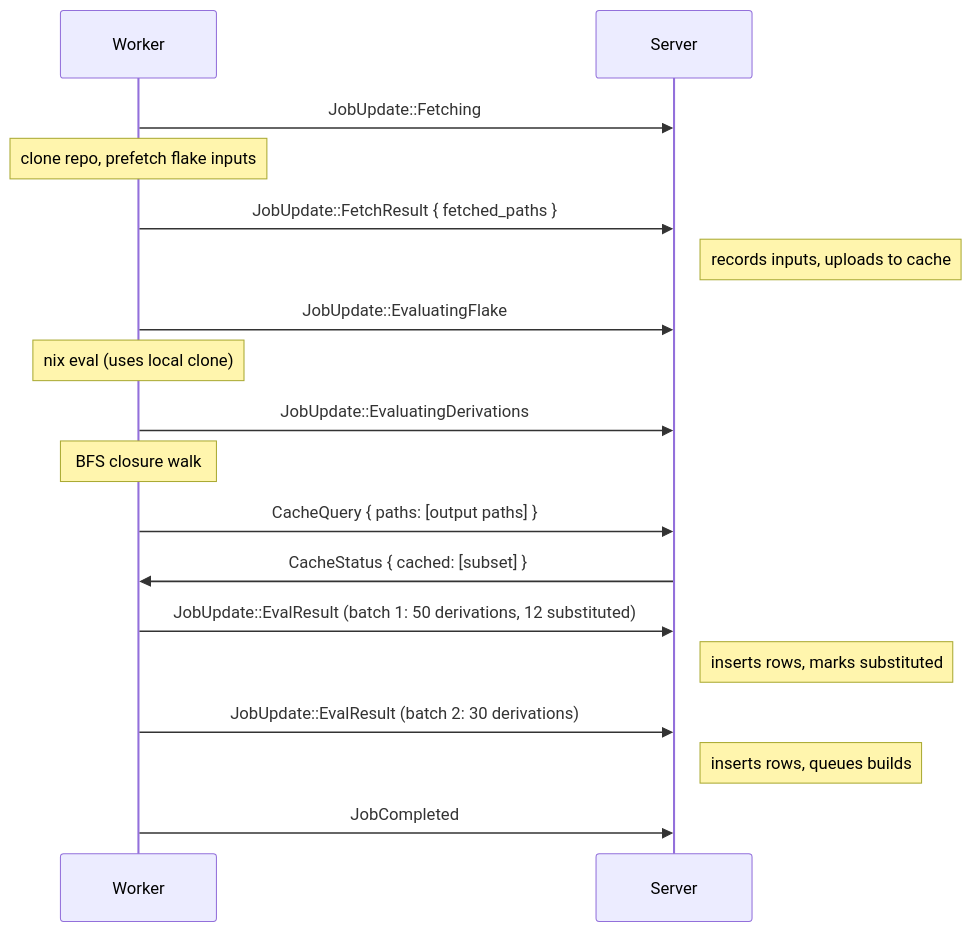
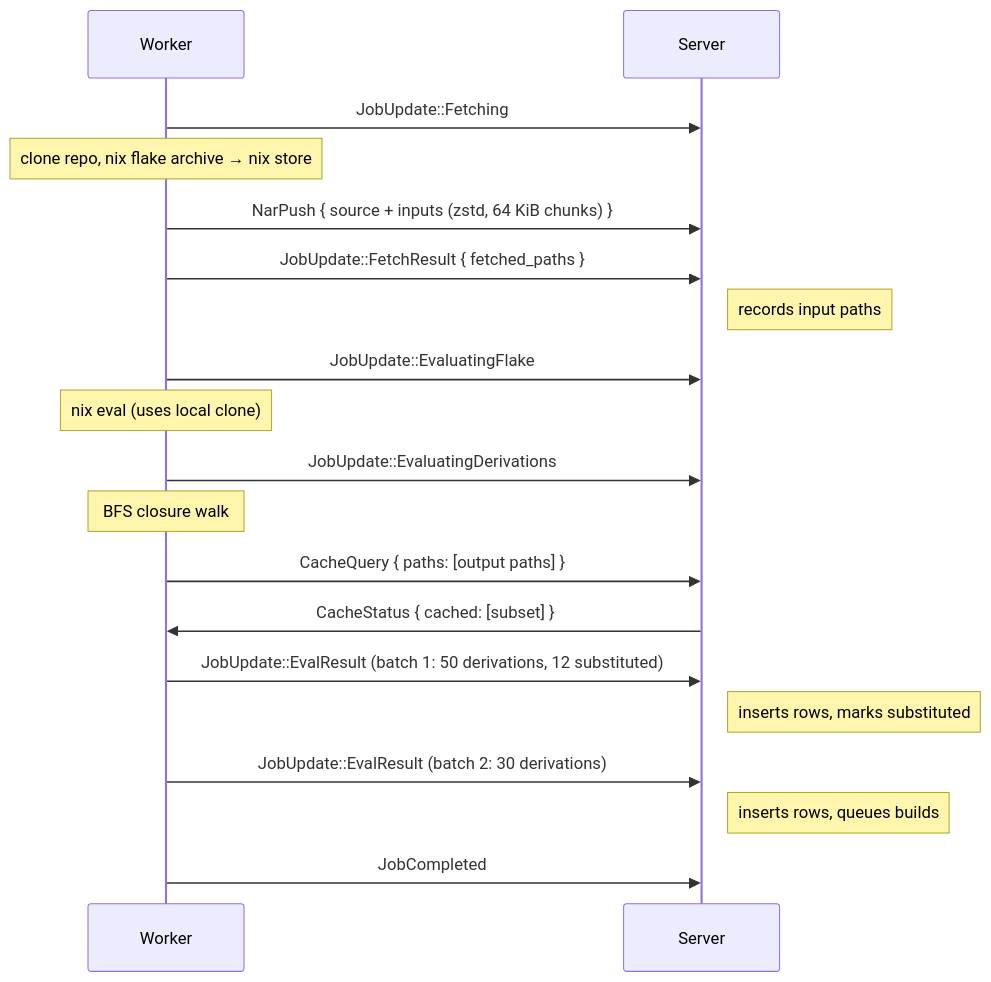
One commit to wavelens/gradient changed diagram 12 of 22 in docs/src/development/proto.md. Above: the diagram before and after it, drawn with Mermaid. The commit also changed other lines of this file and 10 other files, not shown here.

Commit message:
backend: add Fetching source nar upload

````diff
--- a/docs/src/development/proto.md
+++ b/docs/src/development/proto.md
@@ -498,21 +499,22 @@
 ```mermaid
 sequenceDiagram
     participant W as Worker
     participant S as Server
 
     W->>S: JobUpdate::Fetching
-    Note over W: clone repo, prefetch flake inputs
+    Note over W: clone repo, nix flake archive → nix store
+    W->>S: NarPush { source + inputs (zstd, 64 KiB chunks) }
     W->>S: JobUpdate::FetchResult { fetched_paths }
-    Note right of S: records inputs, uploads to cache
+    Note right of S: records input paths
     W->>S: JobUpdate::EvaluatingFlake
     Note over W: nix eval (uses local clone)
     W->>S: JobUpdate::EvaluatingDerivations
     Note over W: BFS closure walk
     W->>S: CacheQuery { paths: [output paths] }
     S->>W: CacheStatus { cached: [subset] }
     W->>S: JobUpdate::EvalResult (batch 1: 50 derivations, 12 substituted)
     Note right of S: inserts rows, marks substituted
     W->>S: JobUpdate::EvalResult (batch 2: 30 derivations)
     Note right of S: inserts rows, queues builds
     W->>S: JobCompleted
 ```
````
